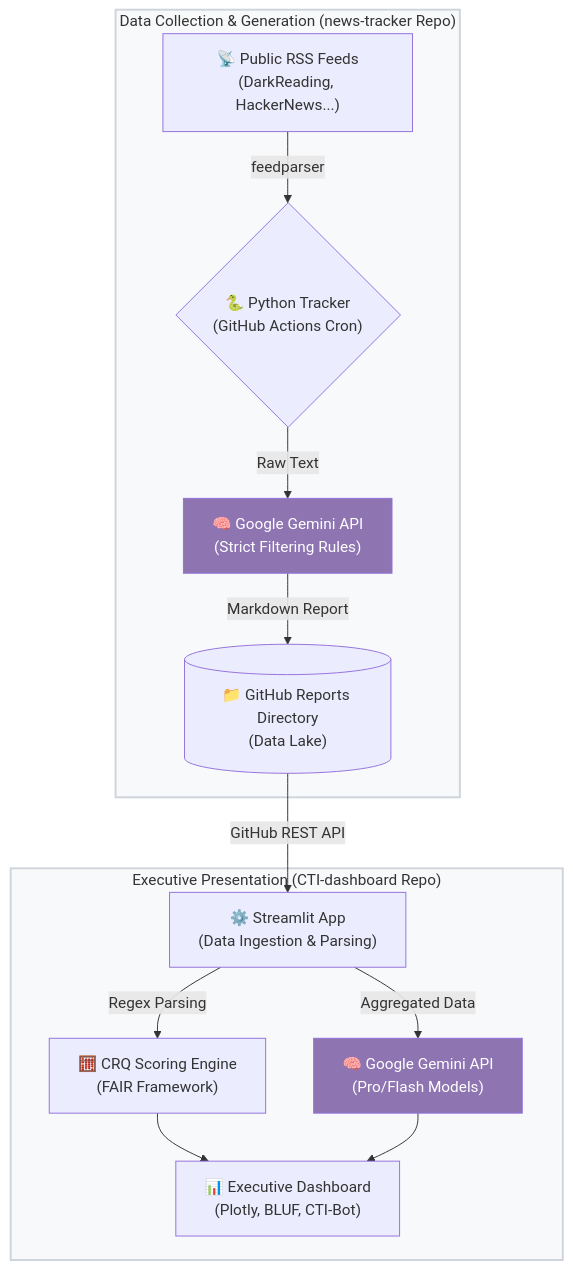
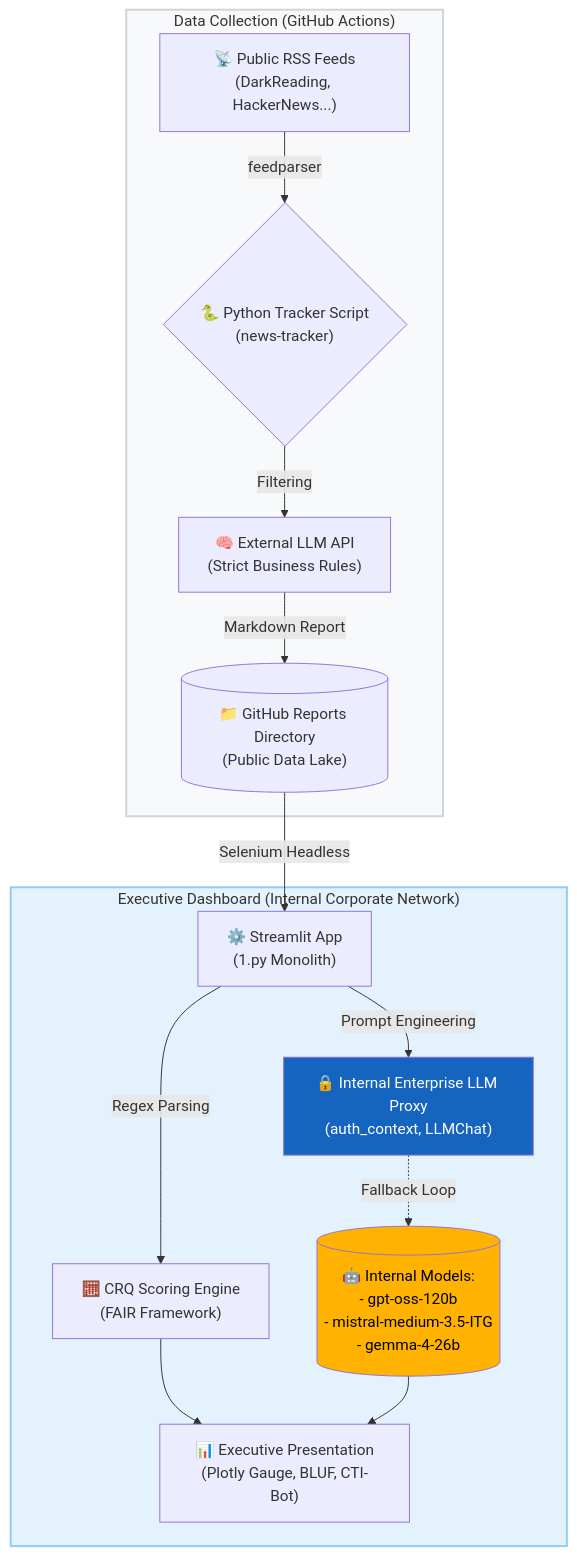
Before and after one commit to Thomas-LEON/news-tracker: the diagram in pipeline_architecture.md, drawn with Mermaid. The commit also changed other lines of this file, not shown here.

````diff
--- a/pipeline_architecture.md
+++ b/pipeline_architecture.md
@@ -9,21 +9,22 @@
 ```mermaid
 flowchart TD
-    subgraph DataCollection ["Data Collection & Generation (news-tracker Repo)"]
-        A["📡 Public RSS Feeds\n(DarkReading, HackerNews...)"] -->|feedparser| B{"🐍 Python Tracker\n(GitHub Actions Cron)"}
-        B -->|Raw Text| C["🧠 Google Gemini API\n(Strict Filtering Rules)"]
-        C -->|Markdown Report| D[("📁 GitHub Reports Directory\n(Data Lake)")]
+    subgraph ExternalDataGen ["Data Collection (GitHub Actions)"]
+        A["📡 Public RSS Feeds\n(DarkReading, HackerNews...)"] -->|feedparser| B{"🐍 Python Tracker Script\n(news-tracker)"}
+        B -->|Filtering| C["🧠 External LLM API\n(Strict Business Rules)"]
+        C -->|Markdown Report| D[("📁 GitHub Reports Directory\n(Public Data Lake)")]
     end
 
-    subgraph ExecPresentation ["Executive Presentation (CTI-dashboard Repo)"]
-        D -->|GitHub REST API| E["⚙️ Streamlit App\n(Data Ingestion & Parsing)"]
+    subgraph InternalDashboard ["Executive Dashboard (Internal Corporate Network)"]
+        D -->|Selenium Headless| E["⚙️ Streamlit App\n(1.py Monolith)"]
         E -->|Regex Parsing| F["🧮 CRQ Scoring Engine\n(FAIR Framework)"]
-        E -->|Aggregated Data| G["🧠 Google Gemini API\n(Pro/Flash Models)"]
-        F --> H["📊 Executive Dashboard\n(Plotly, BLUF, CTI-Bot)"]
-        G --> H
+        E -->|Prompt Engineering| G["🔒 Internal Enterprise LLM Proxy\n(auth_context, LLMChat)"]
+        G -.->|Fallback Loop| H[("🤖 Internal Models:\n- gpt-oss-120b\n- mistral-medium-3.5-ITG\n- gemma-4-26b")]
+        F --> I["📊 Executive Presentation\n(Plotly Gauge, BLUF, CTI-Bot)"]
+        H --> I
     end
 
-    style DataCollection fill:#f8f9fa,stroke:#ced4da,stroke-width:2px
-    style ExecPresentation fill:#f8f9fa,stroke:#ced4da,stroke-width:2px
-    style C fill:#8E75B2,color:#fff
-    style G fill:#8E75B2,color:#fff
+    style ExternalDataGen fill:#f8f9fa,stroke:#ced4da,stroke-width:2px
+    style InternalDashboard fill:#e3f2fd,stroke:#90caf9,stroke-width:2px
+    style G fill:#1565c0,color:#fff
+    style H fill:#ffb300,color:#000
 ```
````
